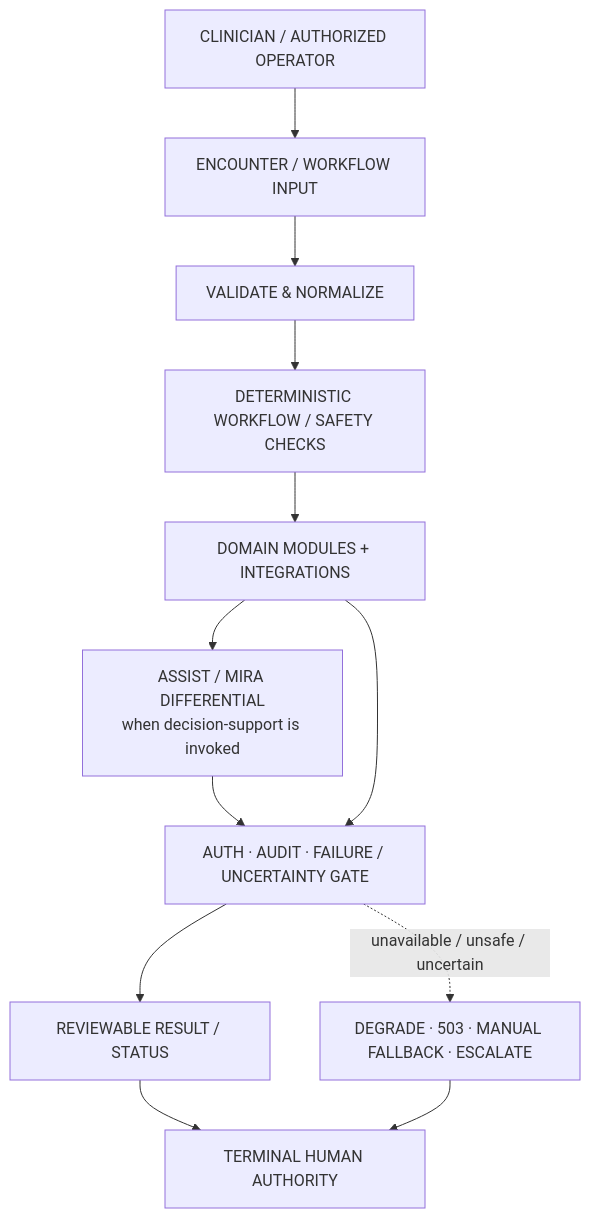
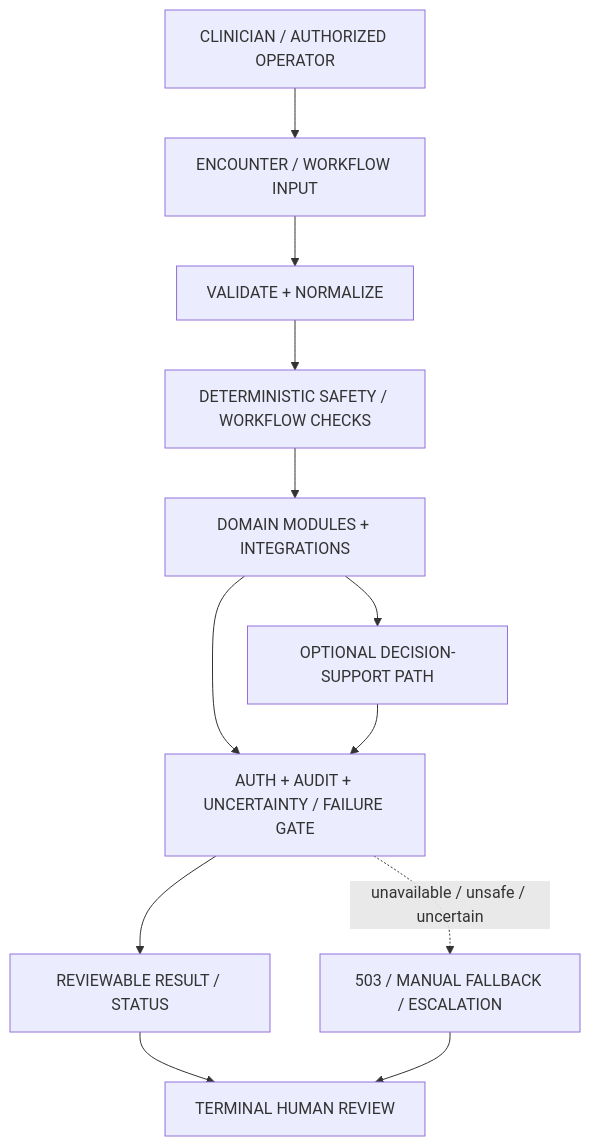
Before and after one commit to drferdi/Medboard: the second of 2 diagrams in README.md, drawn with Mermaid. The commit also changed other lines of this file, not shown here.

```diff
--- a/README.md
+++ b/README.md
@@ -353,25 +165,25 @@
 ~~~mermaid
 flowchart TB
   HUMAN["CLINICIAN / AUTHORIZED OPERATOR"]
   INPUT["ENCOUNTER / WORKFLOW INPUT"]
-  NORM["VALIDATE & NORMALIZE"]
-  SAFETY["DETERMINISTIC WORKFLOW / SAFETY CHECKS"]
-  SERVICES["DOMAIN MODULES + INTEGRATIONS"]
-  DIFF["ASSIST / MIRA DIFFERENTIAL<br/>when decision-support is invoked"]
-  GATE["AUTH · AUDIT · FAILURE / UNCERTAINTY GATE"]
-  OUTPUT["REVIEWABLE RESULT / STATUS"]
-  ESC["DEGRADE · 503 · MANUAL FALLBACK · ESCALATE"]
-  REVIEW["TERMINAL HUMAN AUTHORITY"]
+  VALIDATE["VALIDATE + NORMALIZE"]
+  SAFETY["DETERMINISTIC SAFETY / WORKFLOW CHECKS"]
+  MODULES["DOMAIN MODULES + INTEGRATIONS"]
+  SUPPORT["OPTIONAL DECISION-SUPPORT PATH"]
+  GATE["AUTH + AUDIT + UNCERTAINTY / FAILURE GATE"]
+  RESULT["REVIEWABLE RESULT / STATUS"]
+  DEGRADE["503 / MANUAL FALLBACK / ESCALATION"]
+  REVIEW["TERMINAL HUMAN REVIEW"]
 
   HUMAN --> INPUT
-  INPUT --> NORM
-  NORM --> SAFETY
-  SAFETY --> SERVICES
-  SERVICES --> DIFF
-  DIFF --> GATE
-  SERVICES --> GATE
-  GATE --> OUTPUT
-  GATE -. unavailable / unsafe / uncertain .-> ESC
-  OUTPUT --> REVIEW
-  ESC --> REVIEW
+  INPUT --> VALIDATE
+  VALIDATE --> SAFETY
+  SAFETY --> MODULES
+  MODULES --> SUPPORT
+  MODULES --> GATE
+  SUPPORT --> GATE
+  GATE --> RESULT
+  GATE -. unavailable / unsafe / uncertain .-> DEGRADE
+  RESULT --> REVIEW
+  DEGRADE --> REVIEW
 ~~~
```
